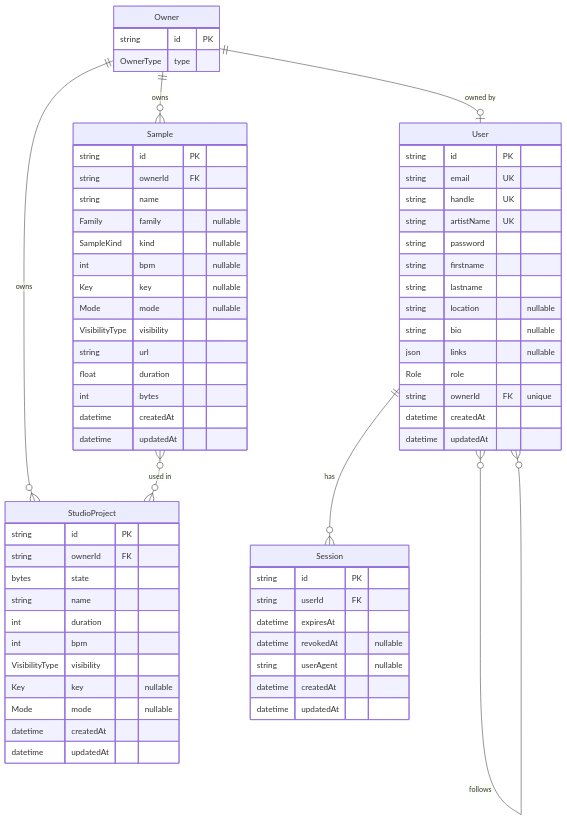
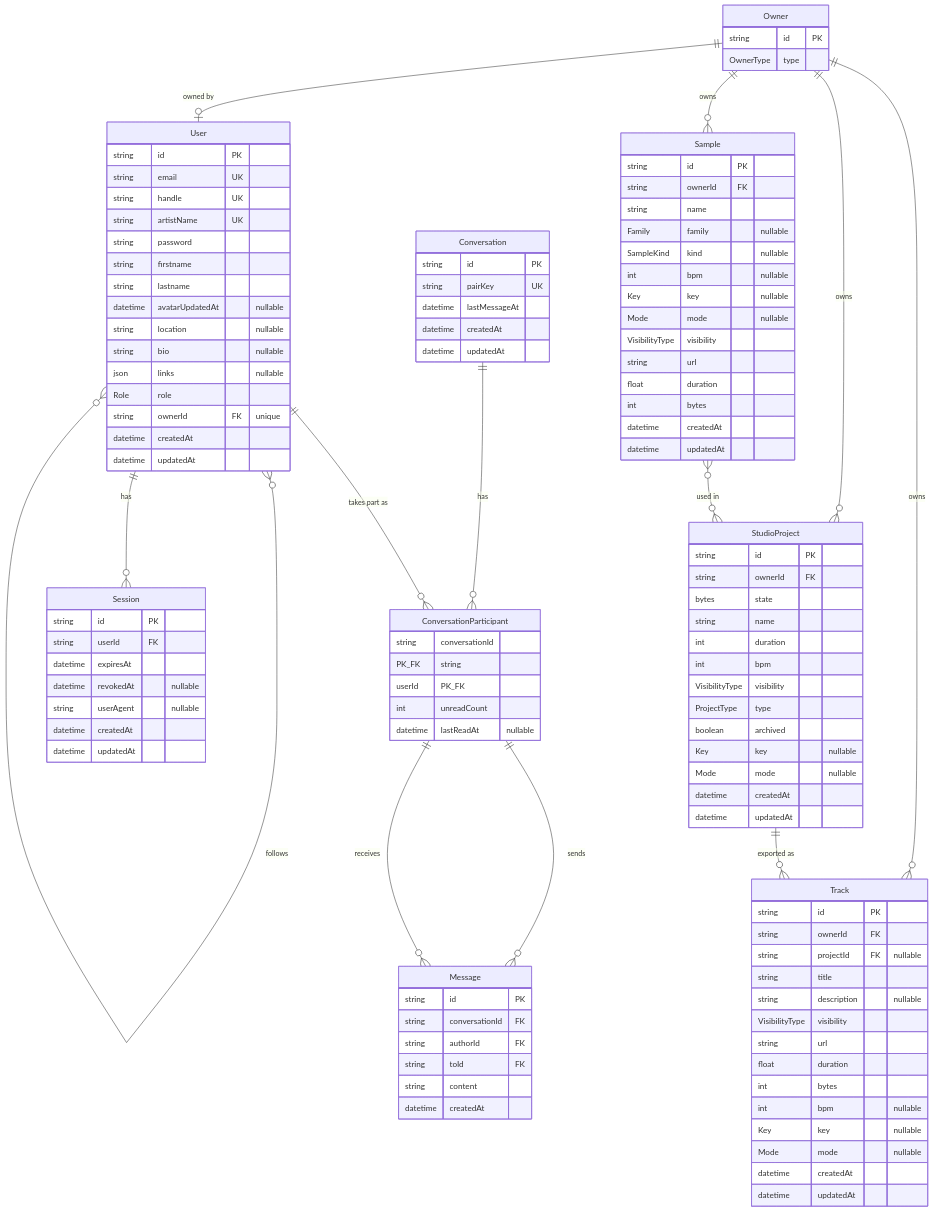
One commit to AlexisFaugeroux/42-transcendence changed the diagram in README.md. Above: the diagram before and after it, drawn with Mermaid. The commit also changed other lines of this file and 18 other files, not shown here.

````diff
--- a/README.md
+++ b/README.md
@@ -117,6 +117,7 @@
     string password
     string firstname
     string lastname
+    datetime avatarUpdatedAt "nullable"
     string location "nullable"
     string bio "nullable"
     json links "nullable"
@@ -141,6 +142,22 @@
     datetime createdAt
     datetime updatedAt
   }
+  Track {
+    string id PK
+    string ownerId FK
+    string projectId FK "nullable"
+    string title
+    string description "nullable"
+    VisibilityType visibility
+    string url
+    float duration
+    int bytes
+    int bpm "nullable"
+    Key key "nullable"
+    Mode mode "nullable"
+    datetime createdAt
+    datetime updatedAt
+  }
   StudioProject {
     string id PK
     string ownerId FK
@@ -149,6 +166,8 @@
     int duration
     int bpm
     VisibilityType visibility
+    ProjectType type
+    boolean archived
     Key key "nullable"
     Mode mode "nullable"
     datetime createdAt
@@ -163,11 +182,38 @@
     datetime createdAt
     datetime updatedAt
   }
+  Conversation {
+    string id PK
+    string pairKey UK
+    datetime lastMessageAt
+    datetime createdAt
+    datetime updatedAt
+  }
+  ConversationParticipant {
+    string conversationId PK_FK
+    string userId PK_FK
+    int unreadCount
+    datetime lastReadAt "nullable"
+  }
+  Message {
+    string id PK
+    string conversationId FK
+    string authorId FK
+    string toId FK
+    string content
+    datetime createdAt
+  }
 
   Owner ||--o| User : "owned by"
   Owner ||--o{ Sample : owns
+  Owner ||--o{ Track : owns
   Owner ||--o{ StudioProject : owns
   User  ||--o{ Session : has
   User  }o--o{ User : follows
   Sample }o--o{ StudioProject : "used in"
+  StudioProject ||--o{ Track : "exported as"
+  Conversation ||--o{ ConversationParticipant : has
+  User ||--o{ ConversationParticipant : "takes part as"
+  ConversationParticipant ||--o{ Message : sends
+  ConversationParticipant ||--o{ Message : receives
 ```
````
